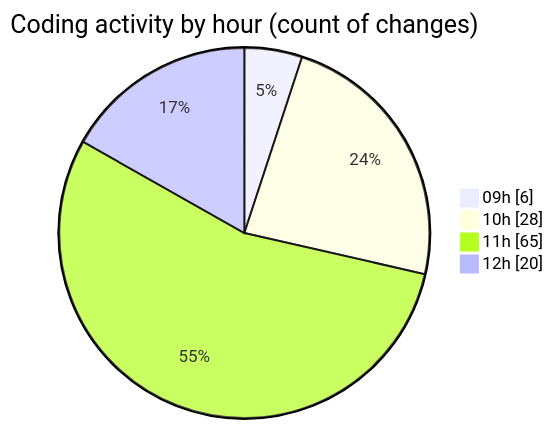
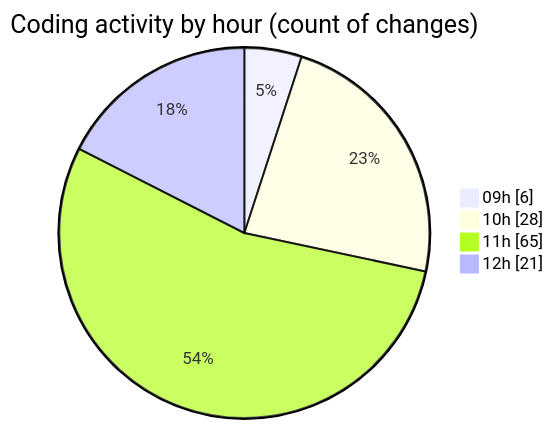
One commit to momahboobian/code-tracking changed the second of 2 diagrams in 2025-03-27/cda/README.md. Above: the diagram before and after it, drawn with Mermaid. The commit also changed other lines of this file and 1 other file, not shown here.

````diff
--- a/2025-03-27/cda/README.md
+++ b/2025-03-27/cda/README.md
@@ -30,8 +30,8 @@
 ```mermaid
 pie showData
 title Coding activity by hour (count of changes)
 "09h" : 6
 "10h" : 28
 "11h" : 65
-"12h" : 20
+"12h" : 21
 ```
````
